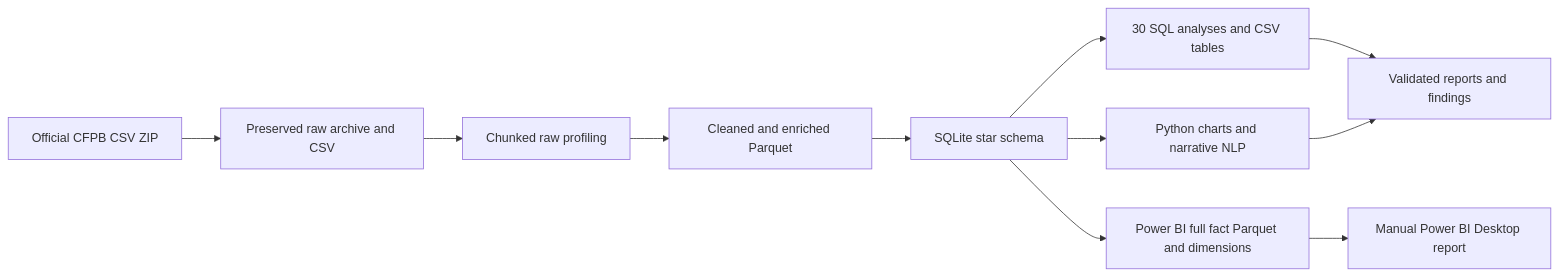
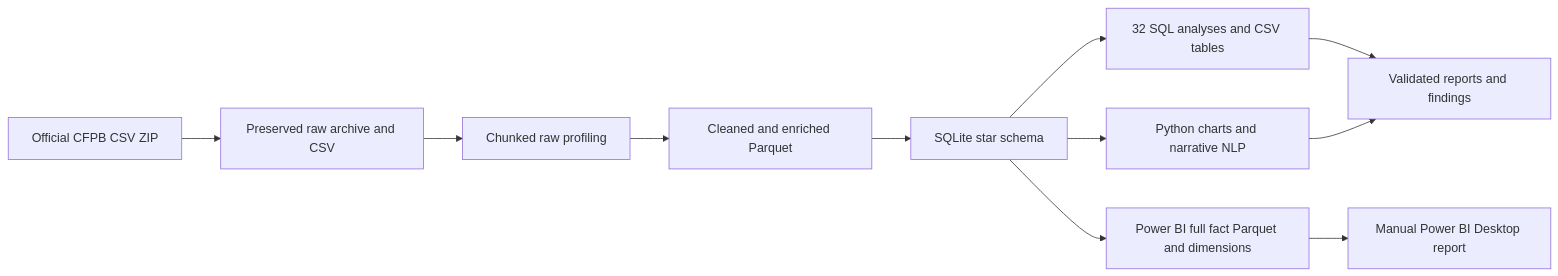
Before and after one commit to didar-ali-deed/customer-complaint-intelligence: the diagram in README.md, drawn with Mermaid. The commit also changed other lines of this file and 77 other files, not shown here.

````diff
--- a/README.md
+++ b/README.md
@@ -25,13 +32,13 @@
 ```mermaid
 flowchart LR
   A[Official CFPB CSV ZIP] --> B[Preserved raw archive and CSV]
   B --> C[Chunked raw profiling]
   C --> D[Cleaned and enriched Parquet]
   D --> E[SQLite star schema]
-  E --> F[30 SQL analyses and CSV tables]
+  E --> F[32 SQL analyses and CSV tables]
   E --> G[Python charts and narrative NLP]
   E --> H[Power BI full fact Parquet and dimensions]
   F --> I[Validated reports and findings]
   G --> I
   H --> J[Manual Power BI Desktop report]
 ```
````
